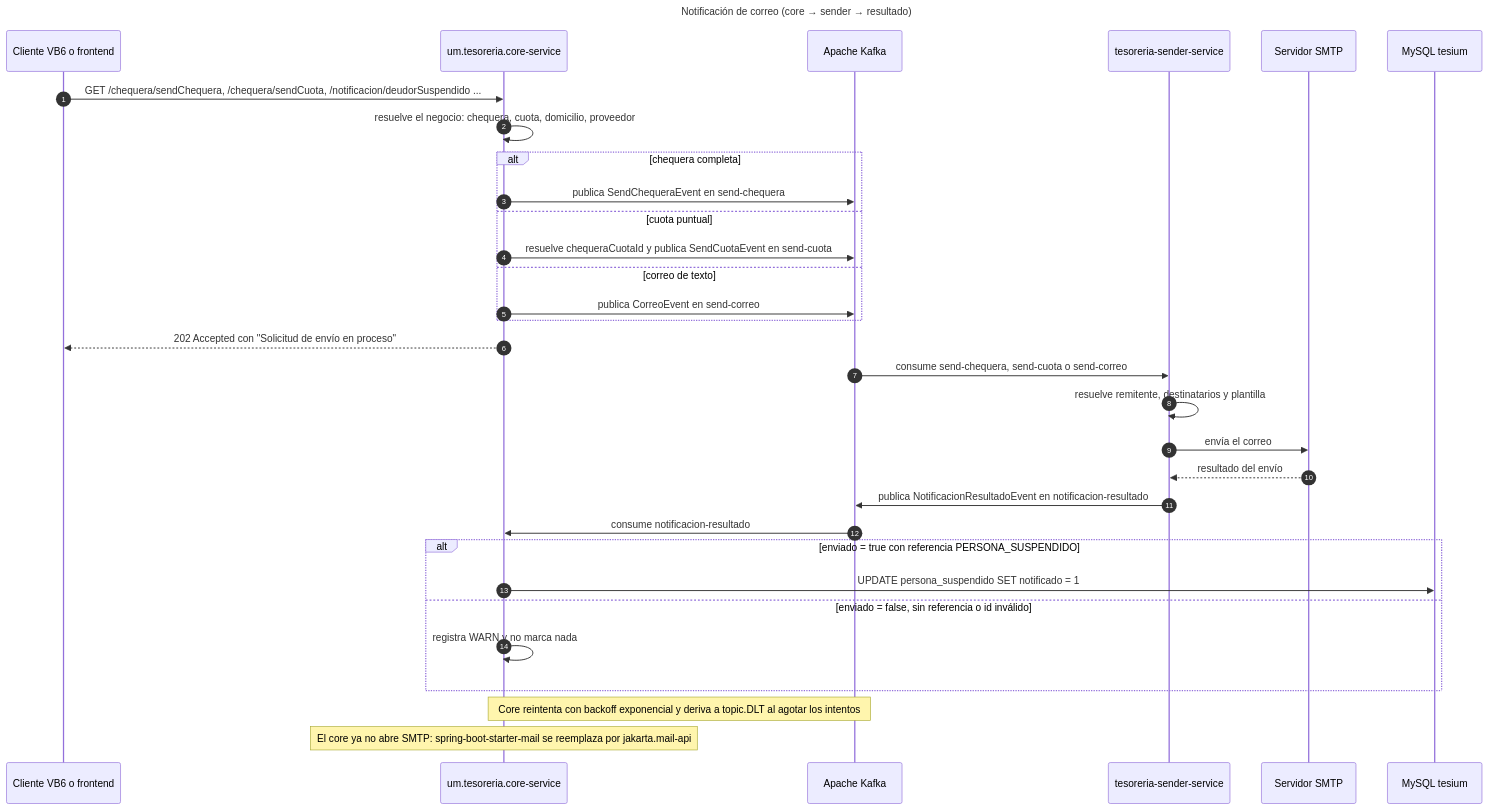
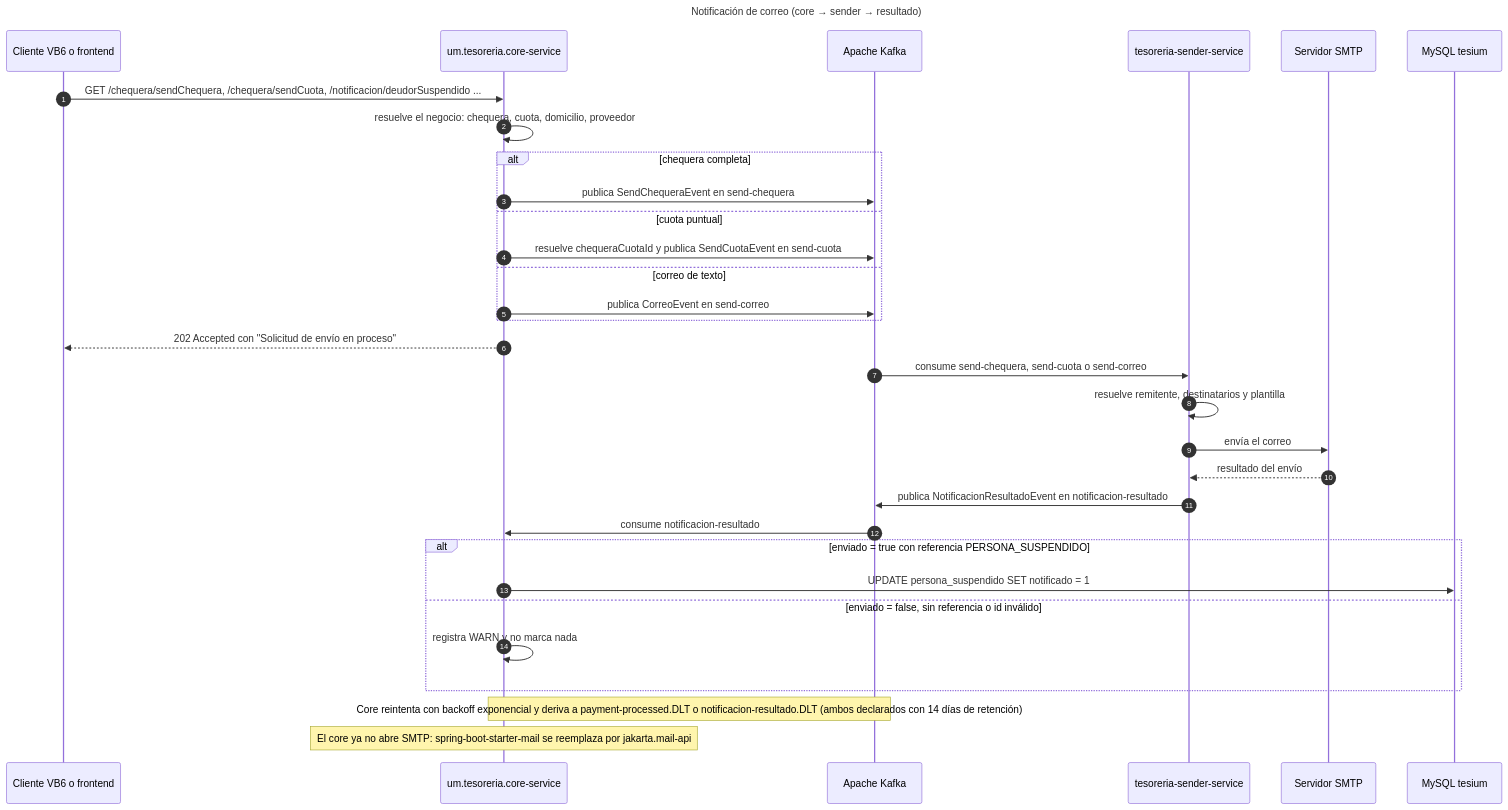
One commit to UM-services/UM.tesoreria.core-service changed the diagram in docs/sequence-notificacion-correo.mmd. Above: the diagram before and after it, drawn with Mermaid. The commit also changed 14 other files, not shown here.

First line of the commit message:
fix(configuration): clientes Kafka y DLT declarados

```diff
--- a/docs/sequence-notificacion-correo.mmd
+++ b/docs/sequence-notificacion-correo.mmd
@@ -1,38 +1,38 @@
 ---
 title: Notificación de correo (core → sender → resultado)
 ---
 sequenceDiagram
     autonumber
     participant Cliente as Cliente VB6 o frontend
     participant Core as um.tesoreria.core-service
     participant Kafka as Apache Kafka
     participant Sender as tesoreria-sender-service
     participant SMTP as Servidor SMTP
     participant DB as MySQL tesium
 
     Cliente->>Core: GET /chequera/sendChequera, /chequera/sendCuota, /notificacion/deudorSuspendido ...
     Core->>Core: resuelve el negocio: chequera, cuota, domicilio, proveedor
     alt chequera completa
         Core->>Kafka: publica SendChequeraEvent en send-chequera
     else cuota puntual
         Core->>Kafka: resuelve chequeraCuotaId y publica SendCuotaEvent en send-cuota
     else correo de texto
         Core->>Kafka: publica CorreoEvent en send-correo
     end
     Core-->>Cliente: 202 Accepted con "Solicitud de envío en proceso"
 
     Kafka->>Sender: consume send-chequera, send-cuota o send-correo
     Sender->>Sender: resuelve remitente, destinatarios y plantilla
     Sender->>SMTP: envía el correo
     SMTP-->>Sender: resultado del envío
     Sender->>Kafka: publica NotificacionResultadoEvent en notificacion-resultado
 
     Kafka->>Core: consume notificacion-resultado
     alt enviado = true con referencia PERSONA_SUSPENDIDO
         Core->>DB: UPDATE persona_suspendido SET notificado = 1
     else enviado = false, sin referencia o id inválido
         Core->>Core: registra WARN y no marca nada
     end
 
-    Note over Core,Kafka: Core reintenta con backoff exponencial y deriva a topic.DLT al agotar los intentos
+    Note over Core,Kafka: Core reintenta con backoff exponencial y deriva a payment-processed.DLT o notificacion-resultado.DLT (ambos declarados con 14 días de retención)
     Note over Core: El core ya no abre SMTP: spring-boot-starter-mail se reemplaza por jakarta.mail-api
```
